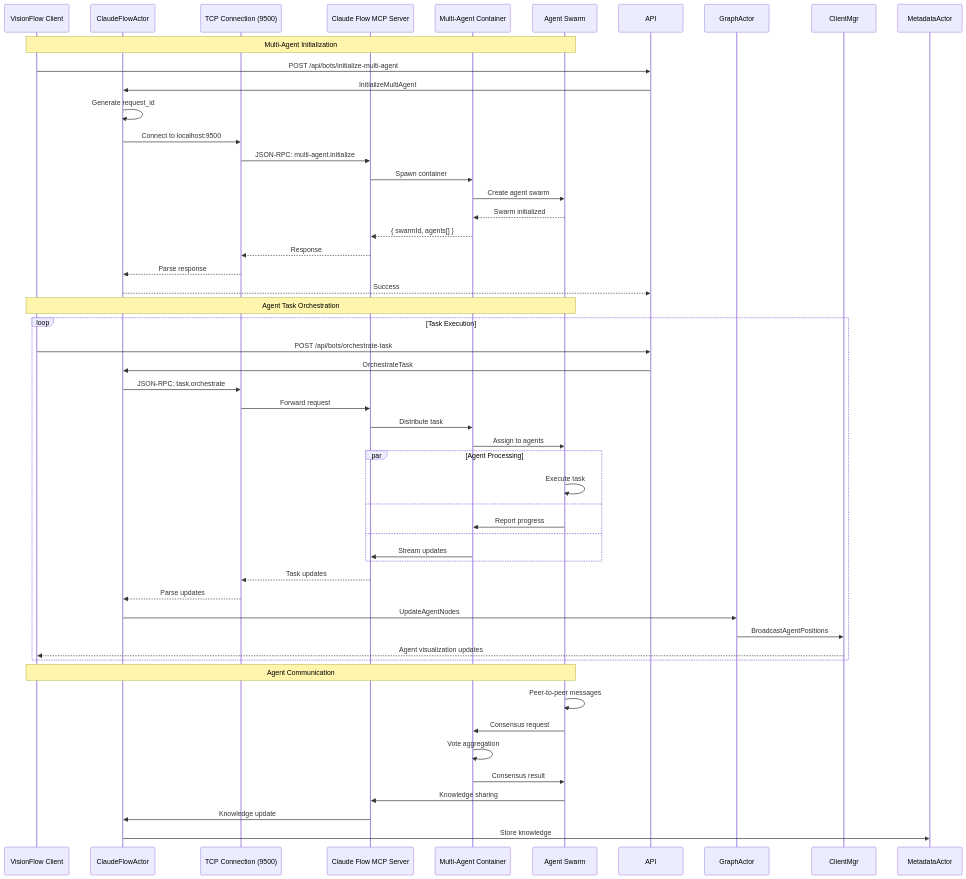
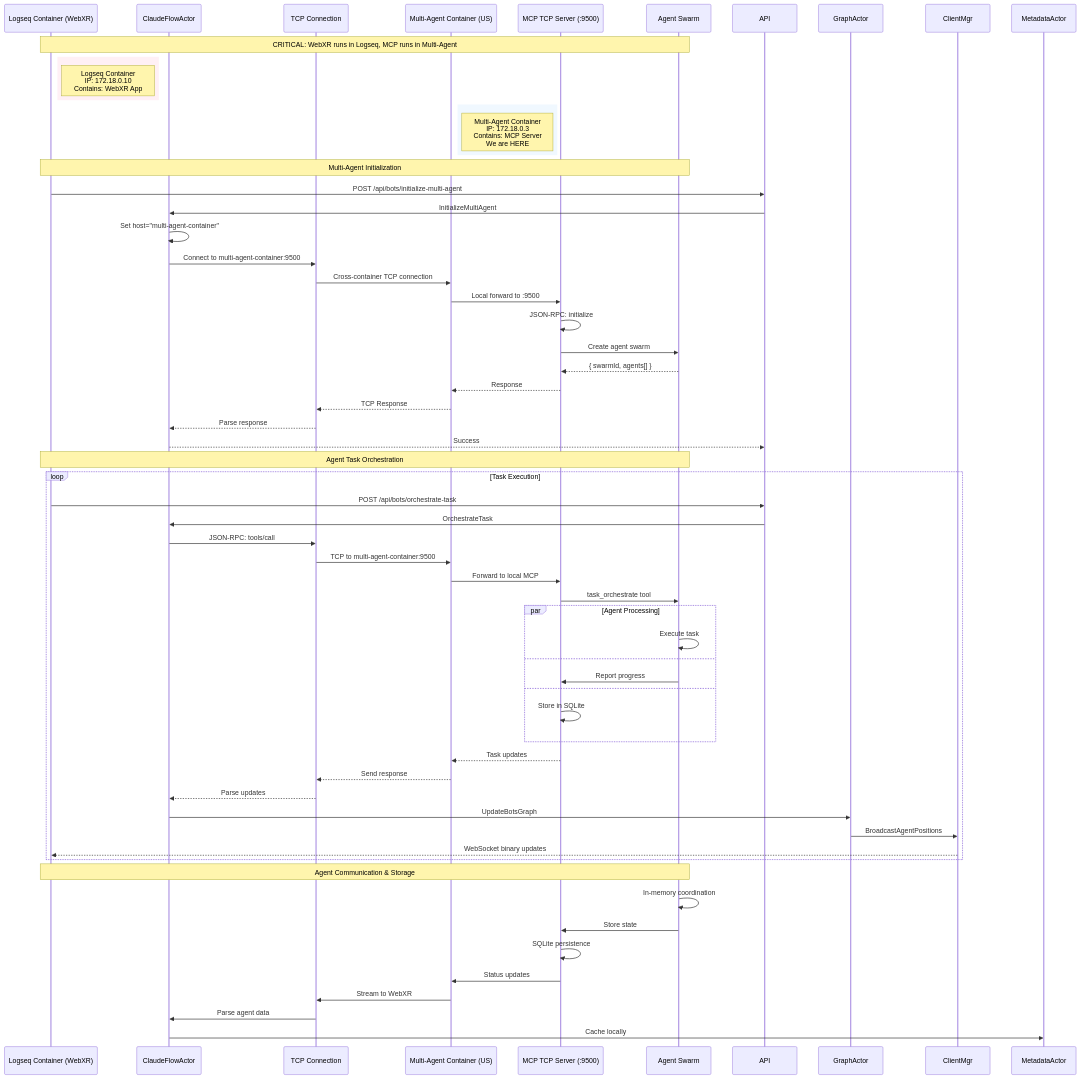
One commit to DreamLab-AI/VisionFlow changed diagram 14 of 27 in docs/diagrams.md. Above: the diagram before and after it, drawn with Mermaid. The commit also changed other lines of this file and 67 other files, not shown here.

````diff
--- a/docs/diagrams.md
+++ b/docs/diagrams.md
@@ -942,60 +1176,72 @@
 ```mermaid
 sequenceDiagram
-    participant Client as VisionFlow Client
+    participant Logseq as Logseq Container (WebXR)
     participant ClaudeFlow as ClaudeFlowActor
-    participant TCP as TCP Connection (9500)
-    participant MCP as Claude Flow MCP Server
-    participant Container as Multi-Agent Container
+    participant TCP as TCP Connection
+    participant MultiAgent as Multi-Agent Container (US)
+    participant MCP as MCP TCP Server (:9500)
     participant Agents as Agent Swarm
 
-    Note over Client,Agents: Multi-Agent Initialization
+    Note over Logseq,Agents: CRITICAL: WebXR runs in Logseq, MCP runs in Multi-Agent
 
-    Client->>API: POST /api/bots/initialize-multi-agent
+    rect rgb(255, 240, 245)
+        Note right of Logseq: Logseq Container<br/>IP: 172.18.0.10<br/>Contains: WebXR App
+    end
+
+    rect rgb(240, 248, 255)
+        Note right of MultiAgent: Multi-Agent Container<br/>IP: 172.18.0.3<br/>Contains: MCP Server<br/>We are HERE
+    end
+
+    Note over Logseq,Agents: Multi-Agent Initialization
+
+    Logseq->>API: POST /api/bots/initialize-multi-agent
     API->>ClaudeFlow: InitializeMultiAgent
-    ClaudeFlow->>ClaudeFlow: Generate request_id
-    ClaudeFlow->>TCP: Connect to localhost:9500
+    ClaudeFlow->>ClaudeFlow: Set host="multi-agent-container"
+    ClaudeFlow->>TCP: Connect to multi-agent-container:9500
 
-    TCP->>MCP: JSON-RPC: multi-agent.initialize
-    MCP->>Container: Spawn container
-    Container->>Agents: Create agent swarm
-    Agents-->>Container: Swarm initialized
-    Container-->>MCP: { swarmId, agents[] }
-    MCP-->>TCP: Response
+    TCP->>MultiAgent: Cross-container TCP connection
+    MultiAgent->>MCP: Local forward to :9500
+    MCP->>MCP: JSON-RPC: initialize
+    MCP->>Agents: Create agent swarm
+    Agents-->>MCP: { swarmId, agents[] }
+    MCP-->>MultiAgent: Response
+    MultiAgent-->>TCP: TCP Response
     TCP-->>ClaudeFlow: Parse response
     ClaudeFlow-->>API: Success
 
-    Note over Client,Agents: Agent Task Orchestration
+    Note over Logseq,Agents: Agent Task Orchestration
 
     loop Task Execution
-        Client->>API: POST /api/bots/orchestrate-task
+        Logseq->>API: POST /api/bots/orchestrate-task
         API->>ClaudeFlow: OrchestrateTask
-        ClaudeFlow->>TCP: JSON-RPC: task.orchestrate
-        TCP->>MCP: Forward request
-        MCP->>Container: Distribute task
-        Container->>Agents: Assign to agents
+        ClaudeFlow->>TCP: JSON-RPC: tools/call
+        TCP->>MultiAgent: TCP to multi-agent-container:9500
+        MultiAgent->>MCP: Forward to local MCP
+        MCP->>Agents: task_orchestrate tool
 
         par Agent Processing
             Agents->>Agents: Execute task
             and
-            Agents->>Container: Report progress
+            Agents->>MCP: Report progress
             and
-            Container->>MCP: Stream updates
+            MCP->>MCP: Store in SQLite
         end
 
-        MCP-->>TCP: Task updates
+        MCP-->>MultiAgent: Task updates
+        MultiAgent-->>TCP: Send response
         TCP-->>ClaudeFlow: Parse updates
-        ClaudeFlow->>GraphActor: UpdateAgentNodes
+        ClaudeFlow->>GraphActor: UpdateBotsGraph
         GraphActor->>ClientMgr: BroadcastAgentPositions
-        ClientMgr-->>Client: Agent visualization updates
+        ClientMgr-->>Logseq: WebSocket binary updates
     end
 
-    Note over Client,Agents: Agent Communication
+    Note over Logseq,Agents: Agent Communication & Storage
 
-    Agents->>Agents: Peer-to-peer messages
-    Agents->>Container: Consensus request
-    Container->>Container: Vote aggregation
-    Container->>Agents: Consensus result
-    Agents->>MCP: Knowledge sharing
-    MCP->>ClaudeFlow: Knowledge update
-    ClaudeFlow->>MetadataActor: Store knowledge
+    Agents->>Agents: In-memory coordination
+    Agents->>MCP: Store state
+    MCP->>MCP: SQLite persistence
+    MCP->>MultiAgent: Status updates
+    MultiAgent->>TCP: Stream to WebXR
+    TCP->>ClaudeFlow: Parse agent data
+    ClaudeFlow->>MetadataActor: Cache locally
 ```
````
